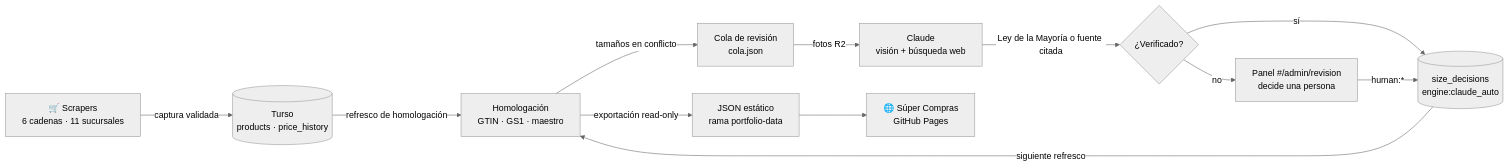
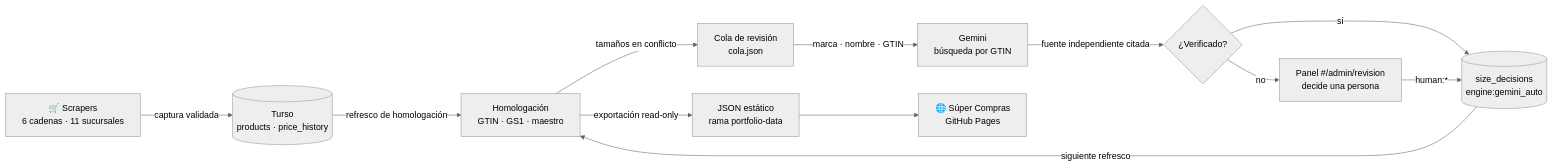
Before and after one commit to jchernandez-portfolio/precios-supermercados-sps: the first of 3 diagrams in README.md, drawn with Mermaid (neutral theme). The commit also changed other lines of this file and 13 other files, not shown here.

First line of the commit message:
[RPI] Búsqueda directa por GTIN con Gemini, sin fotos, y re-auditoría de lo resuelto por IA

````diff
--- a/README.md
+++ b/README.md
@@ -40,14 +40,14 @@
 ```mermaid
 flowchart LR
     S["🛒 Scrapers<br/>6 cadenas · 11 sucursales"] -->|captura validada| T[("Turso<br/>products · price_history")]
     T -->|refresco de homologación| H["Homologación<br/>GTIN · GS1 · maestro"]
     H -->|tamaños en conflicto| Q["Cola de revisión<br/>cola.json"]
-    Q -->|fotos R2| G["Claude<br/>visión + búsqueda web"]
-    G -->|Ley de la Mayoría o fuente citada| A{"¿Verificado?"}
-    A -->|sí| D[("size_decisions<br/>engine:claude_auto")]
+    Q -->|marca · nombre · GTIN| G["Gemini<br/>búsqueda por GTIN"]
+    G -->|fuente independiente citada| A{"¿Verificado?"}
+    A -->|sí| D[("size_decisions<br/>engine:gemini_auto")]
     A -->|no| P["Panel #/admin/revision<br/>decide una persona"]
     P -->|human:*| D
     D -->|siguiente refresco| H
     H -->|exportación read-only| J["JSON estático<br/>rama portfolio-data"]
     J --> W["🌐 Súper Compras<br/>GitHub Pages"]
 ```
````
